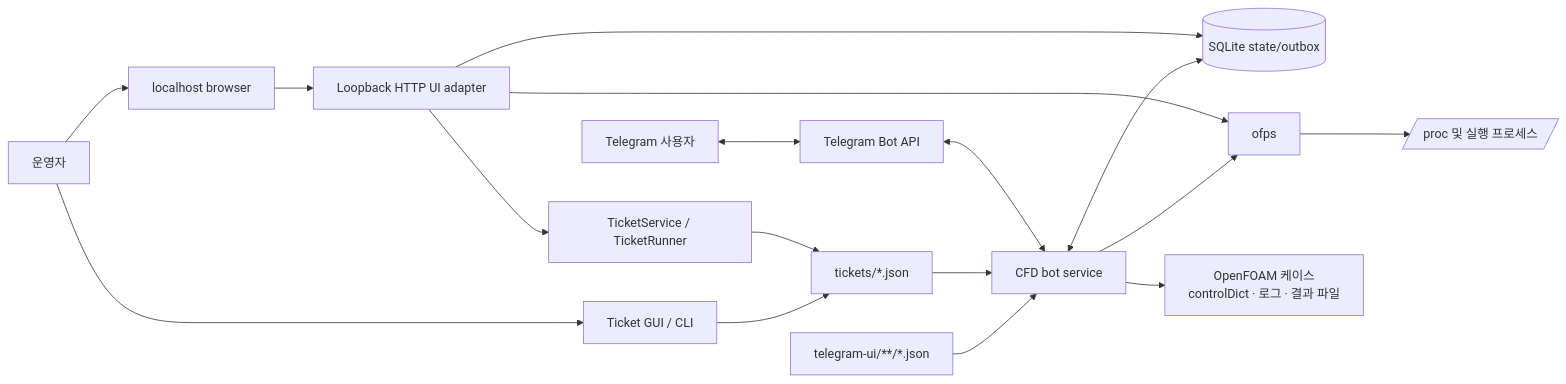
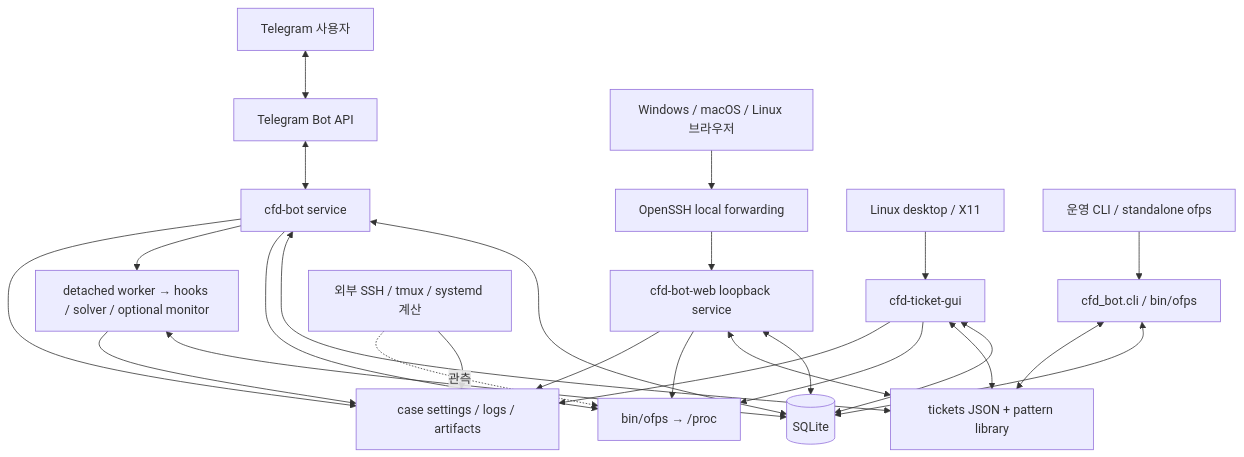
Before and after one commit to jo0n-lab/cfd-bot: the first of 2 diagrams in docs/HLD.md, drawn with Mermaid. The commit also changed other lines of this file and 176 other files, not shown here.

````diff
--- a/docs/HLD.md
+++ b/docs/HLD.md
@@ -85,21 +26,28 @@
 ```mermaid
-flowchart LR
-    USER[Telegram 사용자] <--> TG[Telegram Bot API]
-    ADMIN[운영자] --> GUI[Ticket GUI / CLI]
-    ADMIN --> BROWSER[localhost browser]
-    BROWSER --> WEB[Loopback HTTP UI adapter]
-    WEB --> SHARED[TicketService / TicketRunner]
-    SHARED --> TICKETS
-    WEB --> DB
-    WEB --> OFPS
-
-    TG <--> BOT[CFD bot service]
-    GUI --> TICKETS[tickets/*.json]
-    TICKETS --> BOT
-    UI[telegram-ui/**/*.json] --> BOT
-
-    BOT --> OFPS[ofps]
-    OFPS --> PROC[/proc 및 실행 프로세스/]
-    BOT --> CASE[OpenFOAM 케이스\ncontrolDict · 로그 · 결과 파일]
-    BOT <--> DB[(SQLite state/outbox)]
+flowchart TB
+    TG[Telegram 사용자] <--> API[Telegram Bot API]
+    API <--> BOT[cfd-bot service]
+    PC[Windows / macOS / Linux 브라우저] --> SSH[OpenSSH local forwarding]
+    SSH --> WEB[cfd-bot-web loopback service]
+    DESK[Linux desktop / X11] --> GUI[cfd-ticket-gui]
+    ADMIN[운영 CLI / standalone ofps] --> CLI[cfd_bot.cli / bin/ofps]
+    BOT <--> DB[(SQLite)]
+    WEB <--> DB
+    GUI <--> DB
+    CLI <--> DB
+    BOT <--> JSON[tickets JSON + pattern library]
+    WEB <--> JSON
+    GUI <--> JSON
+    CLI <--> JSON
+    BOT --> SCAN[bin/ofps → /proc]
+    WEB --> SCAN
+    GUI --> SCAN
+    BOT --> WORKER[detached worker → hooks / solver / optional monitor]
+    WORKER <--> DB
+    WORKER --> CASE[case settings / logs / artifacts]
+    BOT --> CASE
+    WEB --> CASE
+    GUI --> CASE
+    EXT[외부 SSH / tmux / systemd 계산] --> CASE
+    EXT -. 관측 .-> SCAN
 ```
````
